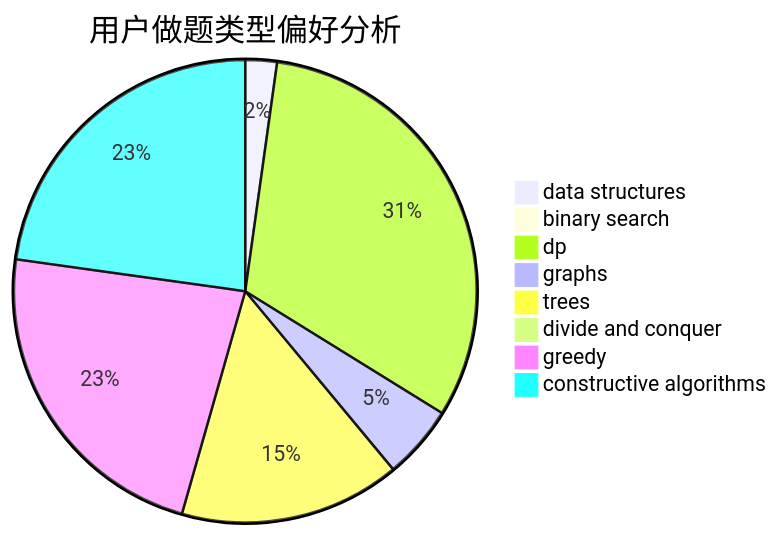
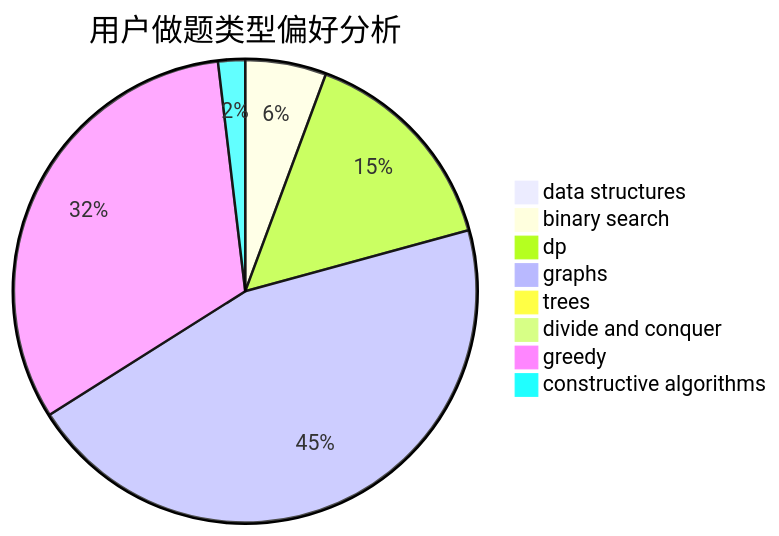
The second of 3 diagrams in docs/user/u2563.md (sherpahu/cfrs.github.io), drawn with Mermaid before and after one commit. The commit also changed other lines of this file and 2770 other files, not shown here.

````diff
--- a/docs/user/u2563.md
+++ b/docs/user/u2563.md
@@ -23,11 +23,11 @@
 ```mermaid
 pie title 用户做题类型偏好分析
-    "data structures" :  3
-    "binary search" :  1
-    "dp" :  43
-    "graphs" :  7
-    "trees" :  21
+    "data structures" :  0
+    "binary search" :  3
+    "dp" :  8
+    "graphs" :  24
+    "trees" :  0
     "divide and conquer" :  0
-    "greedy" :  31
-    "constructive algorithms" :  31
+    "greedy" :  17
+    "constructive algorithms" :  1
 ```
````
